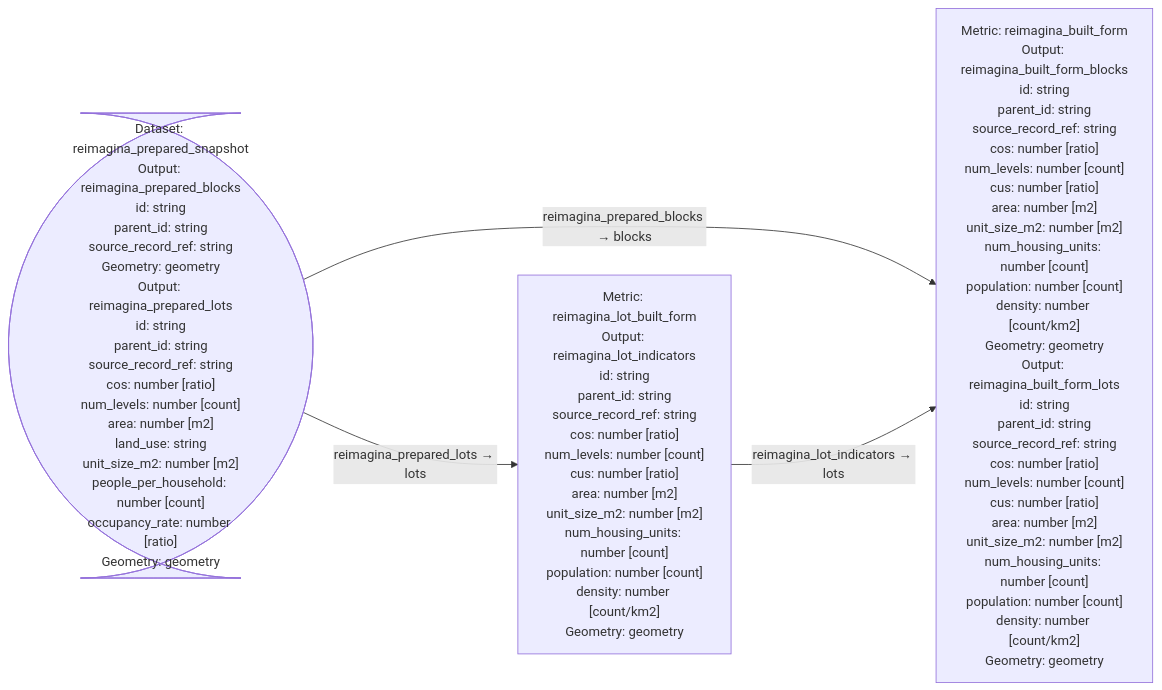
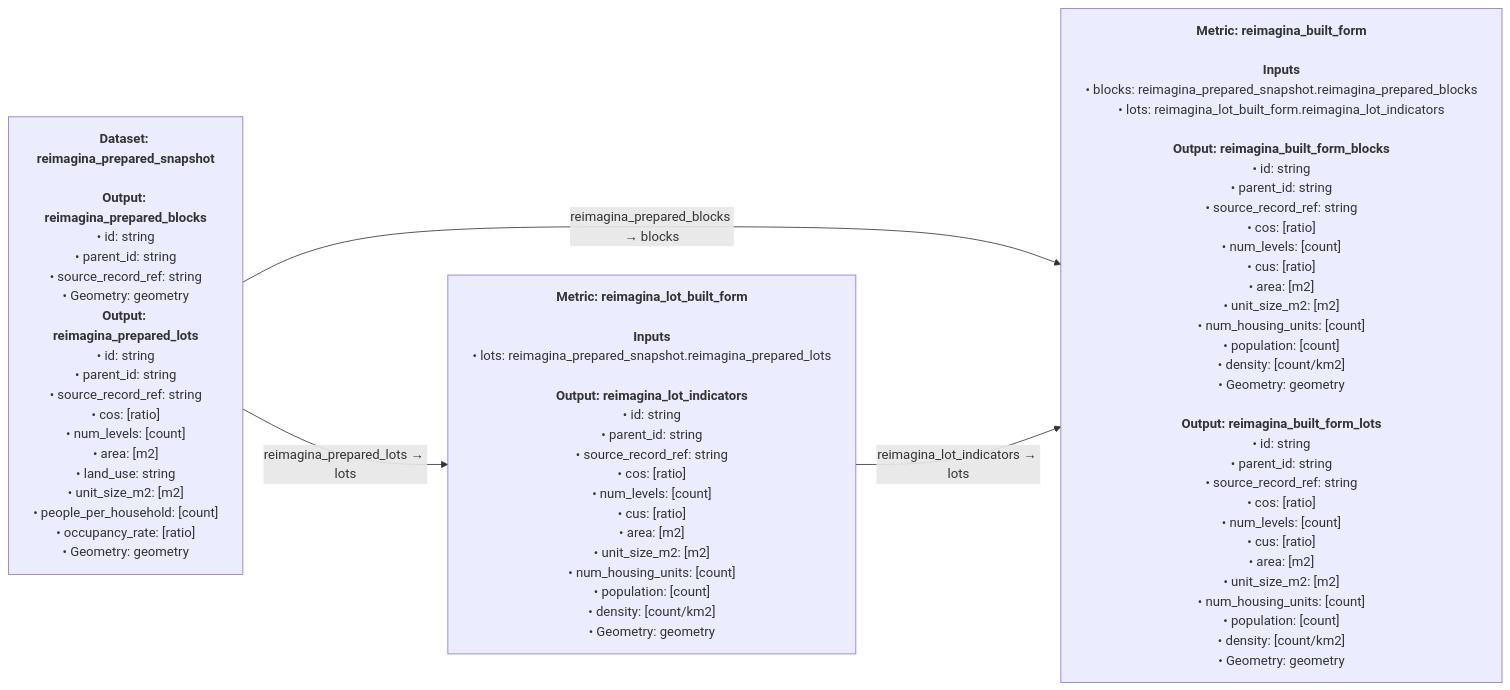
One commit to CentroFuturoCiudades/reimagina_test_port changed the diagram in README.md. Above: the diagram before and after it, drawn with Mermaid. The commit also changed 1 other file, not shown here.

Commit message:
chore: Update diagram to newest version

````diff
--- a/README.md
+++ b/README.md
@@ -13,10 +13,9 @@
 ```mermaid
 flowchart LR
-    n0["Metric: reimagina_built_form<br/>Output: reimagina_built_form_blocks<br/>id: string<br/>parent_id: string<br/>source_record_ref: string<br/>cos: number #91;ratio#93;<br/>num_levels: number #91;count#93;<br/>cus: number #91;ratio#93;<br/>area: number #91;m2#93;<br/>unit_size_m2: number #91;m2#93;<br/>num_housing_units: number #91;count#93;<br/>population: number #91;count#93;<br/>density: number #91;count#47;km2#93;<br/>Geometry: geometry<br/>Output: reimagina_built_form_lots<br/>id: string<br/>parent_id: string<br/>source_record_ref: string<br/>cos: number #91;ratio#93;<br/>num_levels: number #91;count#93;<br/>cus: number #91;ratio#93;<br/>area: number #91;m2#93;<br/>unit_size_m2: number #91;m2#93;<br/>num_housing_units: number #91;count#93;<br/>population: number #91;count#93;<br/>density: number #91;count#47;km2#93;<br/>Geometry: geometry"]
-    n1["Metric: reimagina_lot_built_form<br/>Output: reimagina_lot_indicators<br/>id: string<br/>parent_id: string<br/>source_record_ref: string<br/>cos: number #91;ratio#93;<br/>num_levels: number #91;count#93;<br/>cus: number #91;ratio#93;<br/>area: number #91;m2#93;<br/>unit_size_m2: number #91;m2#93;<br/>num_housing_units: number #91;count#93;<br/>population: number #91;count#93;<br/>density: number #91;count#47;km2#93;<br/>Geometry: geometry"]
-    n2(["Dataset: reimagina_prepared_snapshot<br/>Output: reimagina_prepared_blocks<br/>id: string<br/>parent_id: string<br/>source_record_ref: string<br/>Geometry: geometry<br/>Output: reimagina_prepared_lots<br/>id: string<br/>parent_id: string<br/>source_record_ref: string<br/>cos: number #91;ratio#93;<br/>num_levels: number #91;count#93;<br/>area: number #91;m2#93;<br/>land_use: string<br/>unit_size_m2: number #91;m2#93;<br/>people_per_household: number #91;count#93;<br/>occupancy_rate: number #91;ratio#93;<br/>Geometry: geometry"])
+    n0["<b>Metric: reimagina_built_form</b><br/><br/><b>Inputs</b><br/>#8226;#160;blocks:#160;reimagina_prepared_snapshot#46;reimagina_prepared_blocks<br/>#8226;#160;lots:#160;reimagina_lot_built_form#46;reimagina_lot_indicators<br/><br/><b>Output: reimagina_built_form_blocks</b><br/>#8226;#160;id:#160;string<br/>#8226;#160;parent_id:#160;string<br/>#8226;#160;source_record_ref:#160;string<br/>#8226;#160;cos:#160;#91;ratio#93;<br/>#8226;#160;num_levels:#160;#91;count#93;<br/>#8226;#160;cus:#160;#91;ratio#93;<br/>#8226;#160;area:#160;#91;m2#93;<br/>#8226;#160;unit_size_m2:#160;#91;m2#93;<br/>#8226;#160;num_housing_units:#160;#91;count#93;<br/>#8226;#160;population:#160;#91;count#93;<br/>#8226;#160;density:#160;#91;count#47;km2#93;<br/>#8226;#160;Geometry:#160;geometry<br/><br/><b>Output: reimagina_built_form_lots</b><br/>#8226;#160;id:#160;string<br/>#8226;#160;parent_id:#160;string<br/>#8226;#160;source_record_ref:#160;string<br/>#8226;#160;cos:#160;#91;ratio#93;<br/>#8226;#160;num_levels:#160;#91;count#93;<br/>#8226;#160;cus:#160;#91;ratio#93;<br/>#8226;#160;area:#160;#91;m2#93;<br/>#8226;#160;unit_size_m2:#160;#91;m2#93;<br/>#8226;#160;num_housing_units:#160;#91;count#93;<br/>#8226;#160;population:#160;#91;count#93;<br/>#8226;#160;density:#160;#91;count#47;km2#93;<br/>#8226;#160;Geometry:#160;geometry"]
+    n1["<b>Metric: reimagina_lot_built_form</b><br/><br/><b>Inputs</b><br/>#8226;#160;lots:#160;reimagina_prepared_snapshot#46;reimagina_prepared_lots<br/><br/><b>Output: reimagina_lot_indicators</b><br/>#8226;#160;id:#160;string<br/>#8226;#160;parent_id:#160;string<br/>#8226;#160;source_record_ref:#160;string<br/>#8226;#160;cos:#160;#91;ratio#93;<br/>#8226;#160;num_levels:#160;#91;count#93;<br/>#8226;#160;cus:#160;#91;ratio#93;<br/>#8226;#160;area:#160;#91;m2#93;<br/>#8226;#160;unit_size_m2:#160;#91;m2#93;<br/>#8226;#160;num_housing_units:#160;#91;count#93;<br/>#8226;#160;population:#160;#91;count#93;<br/>#8226;#160;density:#160;#91;count#47;km2#93;<br/>#8226;#160;Geometry:#160;geometry"]
+    n2["<b>Dataset: reimagina_prepared_snapshot</b><br/><br/><b>Output: reimagina_prepared_blocks</b><br/>#8226;#160;id:#160;string<br/>#8226;#160;parent_id:#160;string<br/>#8226;#160;source_record_ref:#160;string<br/>#8226;#160;Geometry:#160;geometry<br/><b>Output: reimagina_prepared_lots</b><br/>#8226;#160;id:#160;string<br/>#8226;#160;parent_id:#160;string<br/>#8226;#160;source_record_ref:#160;string<br/>#8226;#160;cos:#160;#91;ratio#93;<br/>#8226;#160;num_levels:#160;#91;count#93;<br/>#8226;#160;area:#160;#91;m2#93;<br/>#8226;#160;land_use:#160;string<br/>#8226;#160;unit_size_m2:#160;#91;m2#93;<br/>#8226;#160;people_per_household:#160;#91;count#93;<br/>#8226;#160;occupancy_rate:#160;#91;ratio#93;<br/>#8226;#160;Geometry:#160;geometry"]
     n2 -->|"reimagina_prepared_blocks #8594; blocks"| n0
     n1 -->|"reimagina_lot_indicators #8594; lots"| n0
     n2 -->|"reimagina_prepared_lots #8594; lots"| n1
-
 ```
````
